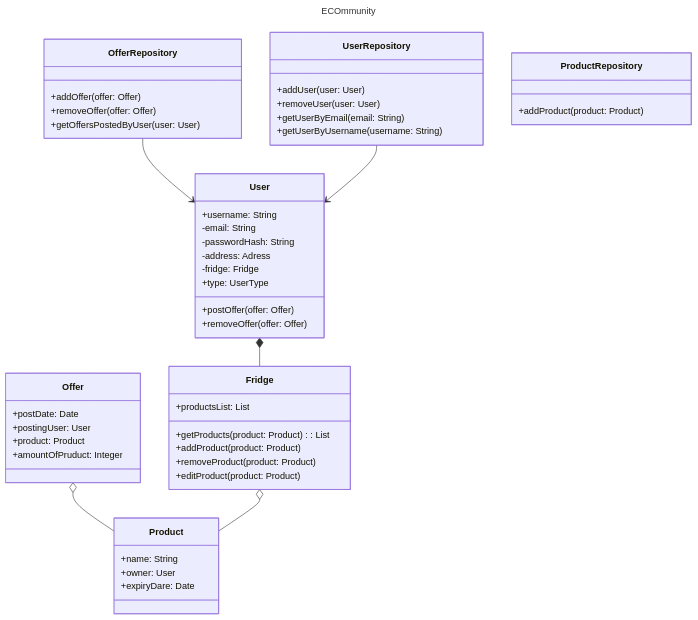
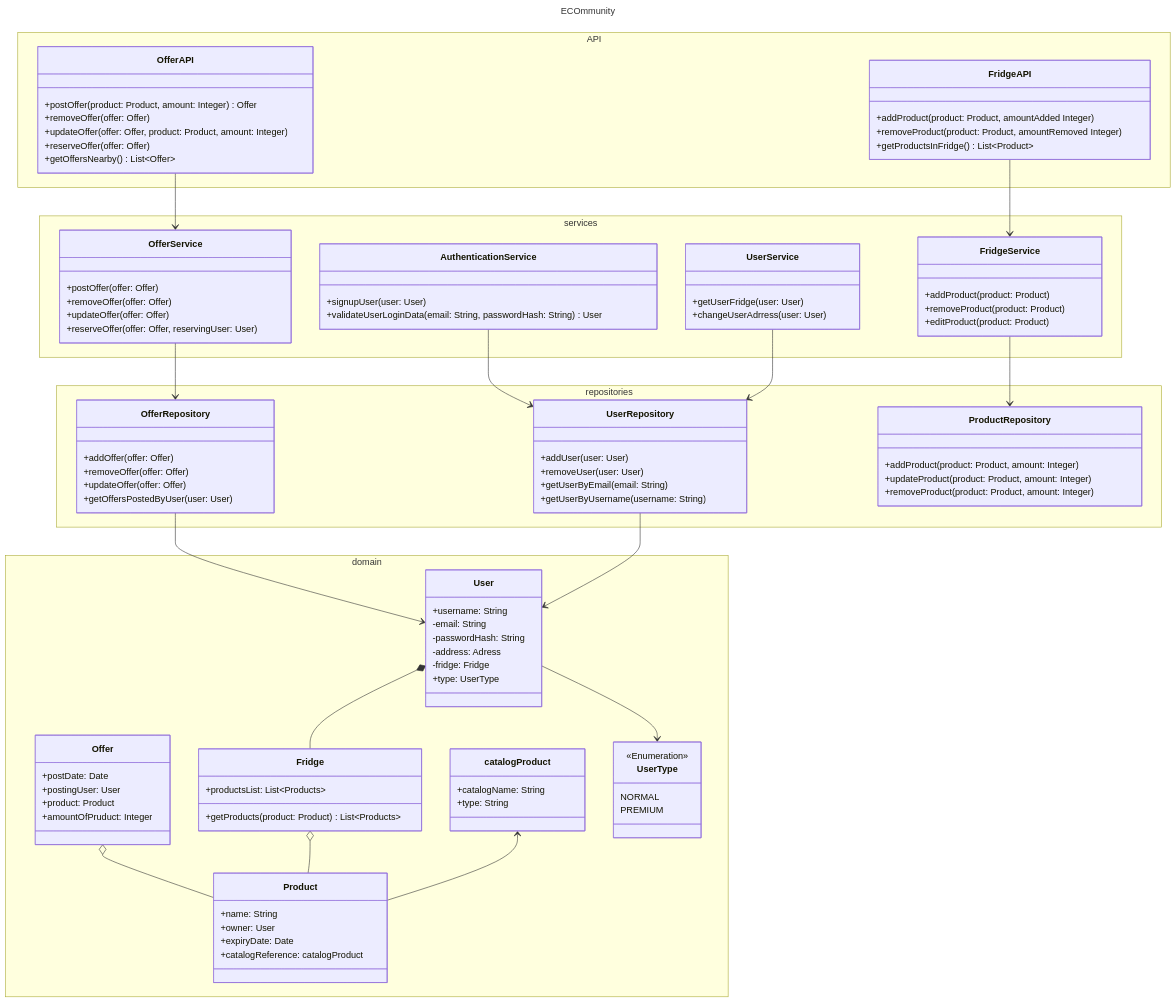
One commit to SebastianBoteroLeonik/ISI_diagrams changed the diagram in class_diagram.mmd. Above: the diagram before and after it, drawn with Mermaid. The commit also changed other lines of this file and 1 other file, not shown here.

```diff
--- a/class_diagram.mmd
+++ b/class_diagram.mmd
@@ -1,78 +1,147 @@
 ---
 title: ECOmmunity
 ---
 classDiagram
     %% ================================
     %%          RELATIONS
     %% ================================
 
     User *-- Fridge
     Offer o-- Product
     Fridge o-- Product
+    catalogProduct <-- Product
+    User --> UserType
 
     OfferRepository --> User
     UserRepository --> User
+
+    AuthenticationService --> UserRepository
+    UserService --> UserRepository
+    FridgeService --> ProductRepository
+    OfferService --> OfferRepository
+
+    OfferAPI --> OfferService
+    FridgeAPI --> FridgeService
 
     %% ================================
     %%          DOMAIN LAYER
     %% ================================
 
+    namespace domain {
+      class User {
+        +username: String
+          -email: String
+          -passwordHash: String
+          -address: Adress
+          -fridge: Fridge
+          +type: UserType
+      }
 
-    class User {
-      %% +offersList: List<Offer>
-      %% +userId: uuid
-      +username: String
-      -email: String
-      -passwordHash: String
-      -address: Adress
-      -fridge: Fridge
-      +type: UserType
-      +postOffer(offer: Offer)
-      +removeOffer(offer: Offer)
+      class UserType {
+        <<Enumeration>>
+        NORMAL
+        PREMIUM
+      }
+
+      class Fridge {
+        +productsList: List~Products~
+          +getProducts(product: Product) List~Products~
+      }
+
+      class Offer {
+        +postDate: Date
+          +postingUser: User
+          %% +reservingUser: User
+          +product: Product
+          +amountOfPruduct: Integer
+      }
+
+      class Product {
+        +name: String
+          +owner: User
+          +expiryDate: Date
+          +catalogReference: catalogProduct
+      }
+
+      class catalogProduct {
+        +catalogName: String
+        +type: String
+      }
     }
 
-    class Fridge {
-      +productsList: List<Products>
-      +getProducts(product: Product): List<Products>
-      +addProduct(product: Product)
-      +removeProduct(product: Product)
-      +editProduct(product: Product)
-    }
-
-    class Offer {
-      +postDate: Date
-      +postingUser: User
-      +product: Product
-      +amountOfPruduct: Integer
-    }
-
-    class Product {
-      +name: String
-      +owner: User
-      +expiryDare: Date
-    }
 
     %% ================================
     %%          API
     %% ================================
 
+    namespace API {
+      class OfferAPI {
+        +postOffer(product: Product, amount: Integer) Offer
+          +removeOffer(offer: Offer)
+          +updateOffer(offer: Offer, product: Product, amount: Integer)
+          +reserveOffer(offer: Offer)
+          +getOffersNearby() List~Offer~
+      }
+
+      class FridgeAPI {
+        +addProduct(product: Product, amountAdded Integer)
+          +removeProduct(product: Product, amountRemoved Integer)
+          +getProductsInFridge() List~Product~
+      }
+
+    }
+
+    %% ================================
+    %%          SERVICES
+    %% ================================
+
+    namespace services {
+      class AuthenticationService {
+        +signupUser(user: User)
+          +validateUserLoginData(email: String, passwordHash: String) User
+      }
+
+      class UserService {
+        +getUserFridge(user: User)
+          +changeUserAdrress(user: User)
+      }
+
+      class FridgeService {
+        +addProduct(product: Product)
+          +removeProduct(product: Product)
+          +editProduct(product: Product)
+      }
+
+      class OfferService {
+        +postOffer(offer: Offer)
+          +removeOffer(offer: Offer)
+          +updateOffer(offer: Offer)
+          +reserveOffer(offer: Offer, reservingUser: User)
+      }
+    }
+
     %% ================================
     %%          REPOSITORIES
     %% ================================
 
-    class UserRepository {
-      +addUser(user: User)
-      +removeUser(user: User)
-      +getUserByEmail(email: String)
-      +getUserByUsername(username: String)
+    namespace repositories {
+      class UserRepository {
+        +addUser(user: User)
+          +removeUser(user: User)
+          +getUserByEmail(email: String)
+          +getUserByUsername(username: String)
+      }
+
+      class OfferRepository {
+        +addOffer(offer: Offer)
+          +removeOffer(offer: Offer)
+          +updateOffer(offer: Offer)
+          +getOffersPostedByUser(user: User)
+      }
+
+      class ProductRepository {
+        +addProduct(product: Product, amount: Integer)
+          +updateProduct(product: Product, amount: Integer)
+          +removeProduct(product: Product, amount: Integer)
+      }
     }
-
-    class OfferRepository {
-      +addOffer(offer: Offer)
-      +removeOffer(offer: Offer)
-      +getOffersPostedByUser(user: User)
-    }
-
-    class ProductRepository {
-      +addProduct(product: Product)
-    }
```
